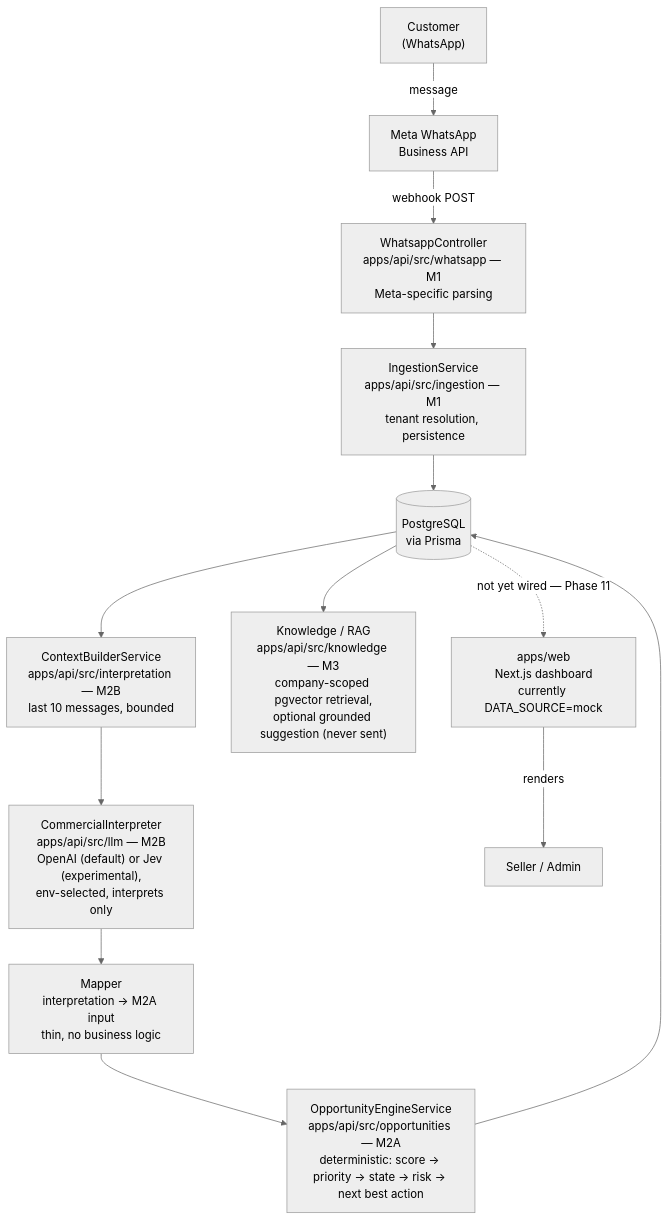
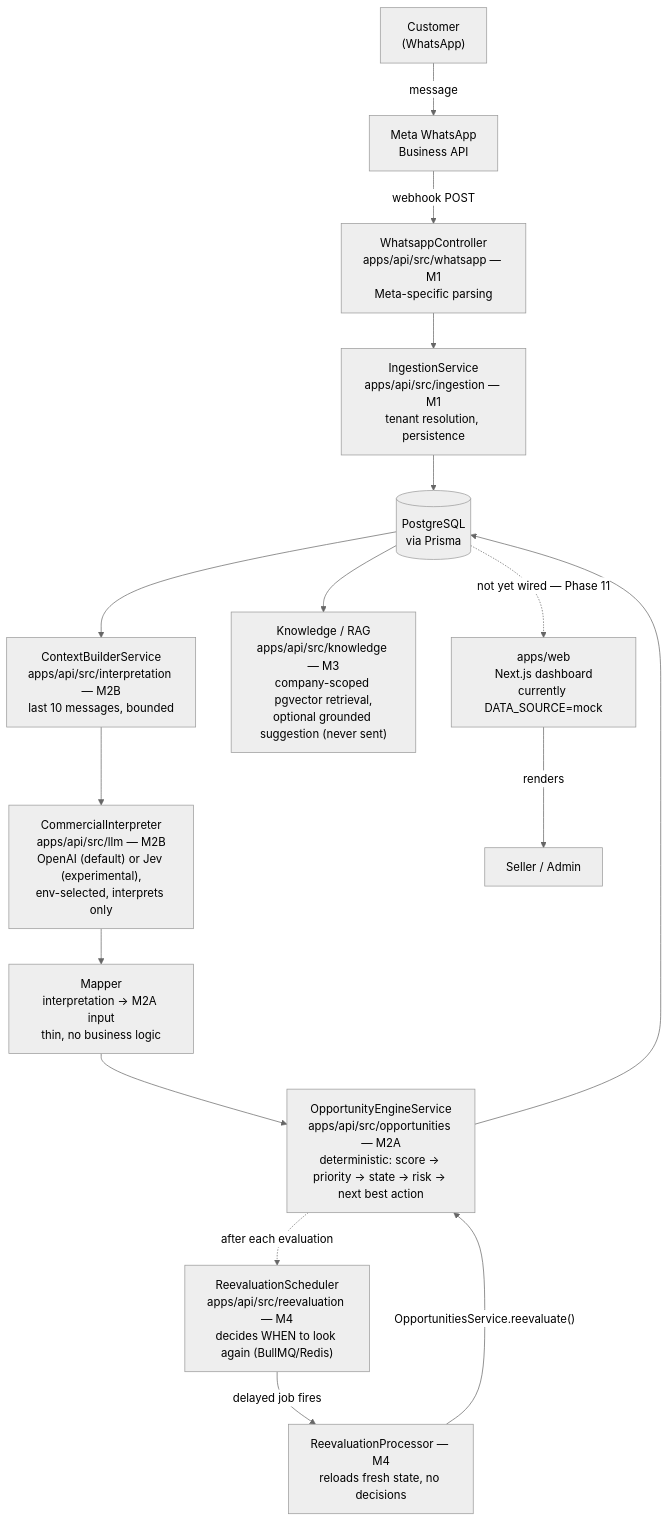
One commit to keom-code/keom-platform changed the diagram in docs/SYSTEM.md. Above: the diagram before and after it, drawn with Mermaid (neutral theme). The commit also changed other lines of this file and 37 other files, not shown here.

First line of the commit message:
Implement M4: temporal re-evaluation of opportunities with BullMQ/Redis

````diff
--- a/docs/SYSTEM.md
+++ b/docs/SYSTEM.md
@@ -19,18 +20,21 @@
 ```mermaid
 flowchart TD
     Customer["Customer<br/>(WhatsApp)"] -->|message| Meta["Meta WhatsApp<br/>Business API"]
     Meta -->|webhook POST| Webhook["WhatsappController<br/>apps/api/src/whatsapp — M1<br/>Meta-specific parsing"]
     Webhook --> Ingestion["IngestionService<br/>apps/api/src/ingestion — M1<br/>tenant resolution, persistence"]
     Ingestion --> DB[("PostgreSQL<br/>via Prisma")]
 
     DB --> ContextBuilder["ContextBuilderService<br/>apps/api/src/interpretation — M2B<br/>last 10 messages, bounded"]
     ContextBuilder --> LLM["CommercialInterpreter<br/>apps/api/src/llm — M2B<br/>OpenAI (default) or Jev (experimental),<br/>env-selected, interprets only"]
     LLM --> Mapper["Mapper<br/>interpretation → M2A input<br/>thin, no business logic"]
     Mapper --> Engine["OpportunityEngineService<br/>apps/api/src/opportunities — M2A<br/>deterministic: score → priority → state → risk → next best action"]
     Engine --> DB
+    Engine -.->|"after each evaluation"| Scheduler["ReevaluationScheduler<br/>apps/api/src/reevaluation — M4<br/>decides WHEN to look again (BullMQ/Redis)"]
+    Scheduler -->|"delayed job fires"| Worker["ReevaluationProcessor — M4<br/>reloads fresh state, no decisions"]
+    Worker -->|"OpportunitiesService.reevaluate()"| Engine
 
     DB --> Knowledge["Knowledge / RAG<br/>apps/api/src/knowledge — M3<br/>company-scoped pgvector retrieval,<br/>optional grounded suggestion (never sent)"]
 
     DB -.->|"not yet wired — Phase 11"| WebApp["apps/web<br/>Next.js dashboard<br/>currently DATA_SOURCE=mock"]
     WebApp -->|renders| Seller["Seller / Admin"]
 ```
````
